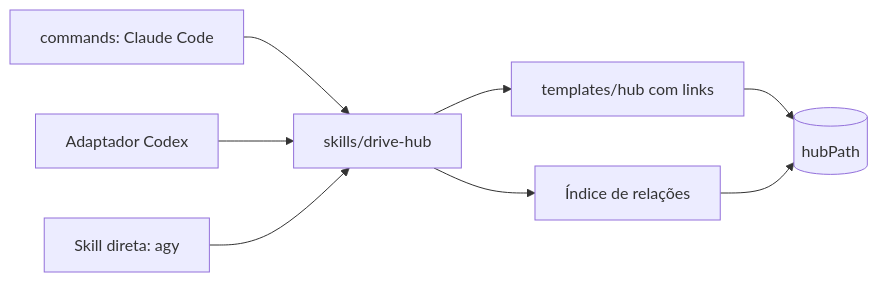
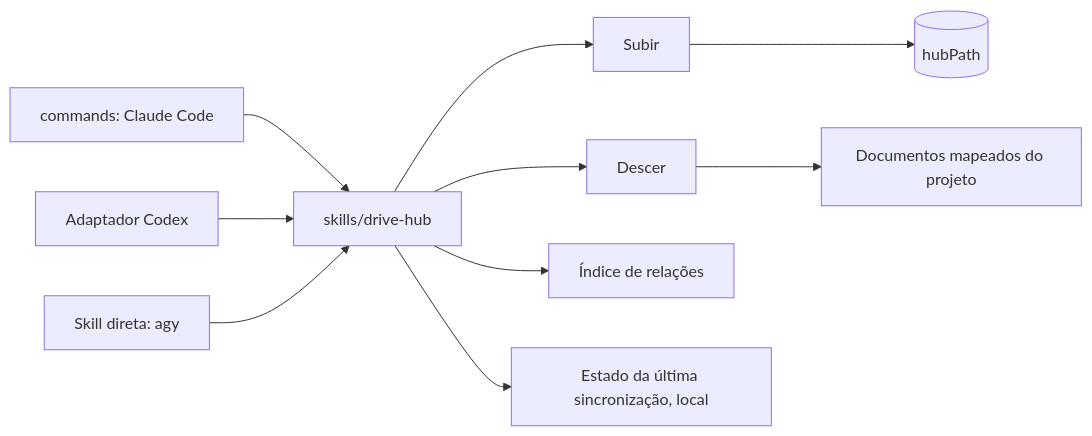
Before and after one commit to nathanramorim/drive-hub-sync: the second of 3 diagrams in sdd/discovery/ffd2-hub-multi-agente-grafo/criteria.md, drawn with Mermaid. The commit also changed other lines of this file and 4 other files, not shown here.

````diff
--- a/sdd/discovery/ffd2-hub-multi-agente-grafo/criteria.md
+++ b/sdd/discovery/ffd2-hub-multi-agente-grafo/criteria.md
@@ -37,10 +41,12 @@
 ```mermaid
 graph LR
   A1[commands: Claude Code] --> Skill[skills/drive-hub]
   A2[Adaptador Codex] --> Skill
   A3[Skill direta: agy] --> Skill
-  Skill --> Tpl[templates/hub com links]
+  Skill --> Up[Subir]
+  Skill --> Down[Descer]
   Skill --> Idx[Índice de relações]
-  Tpl --> Hub[(hubPath)]
-  Idx --> Hub
+  Up --> Hub[(hubPath)]
+  Down --> Proj[Documentos mapeados do projeto]
+  Skill --> St[Estado da última sincronização, local]
 ```
````
